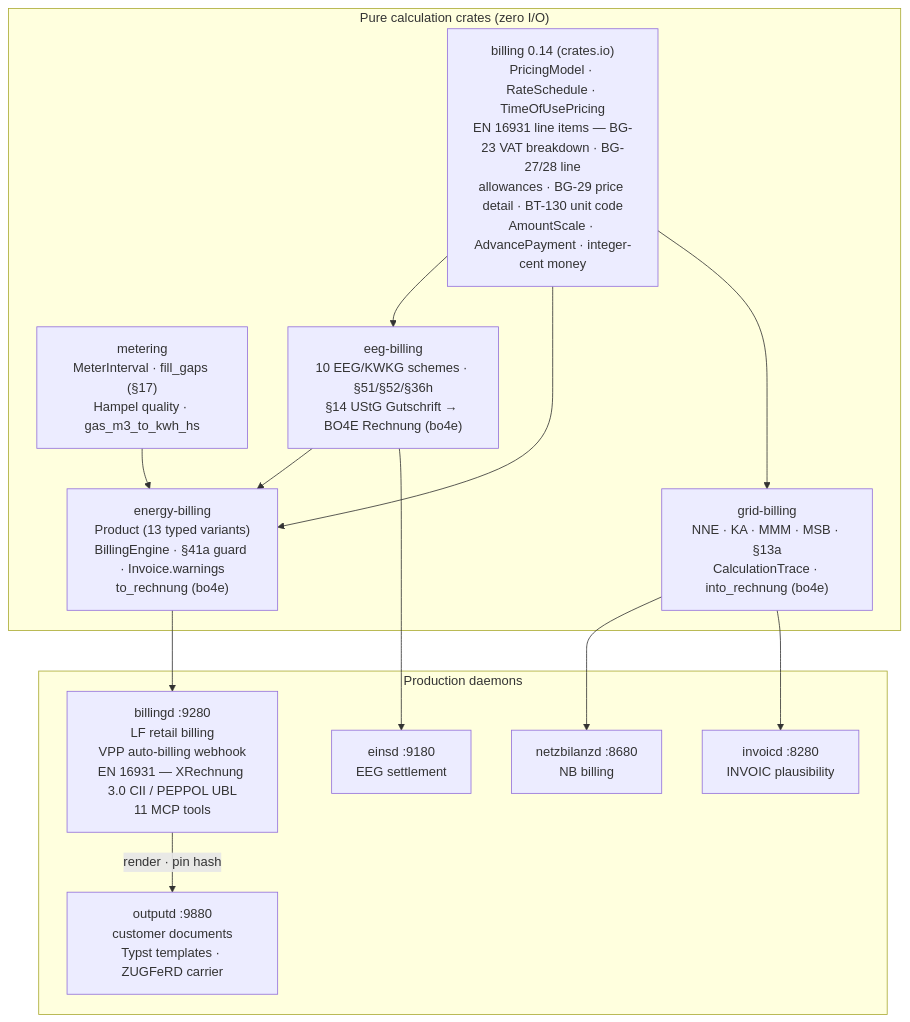
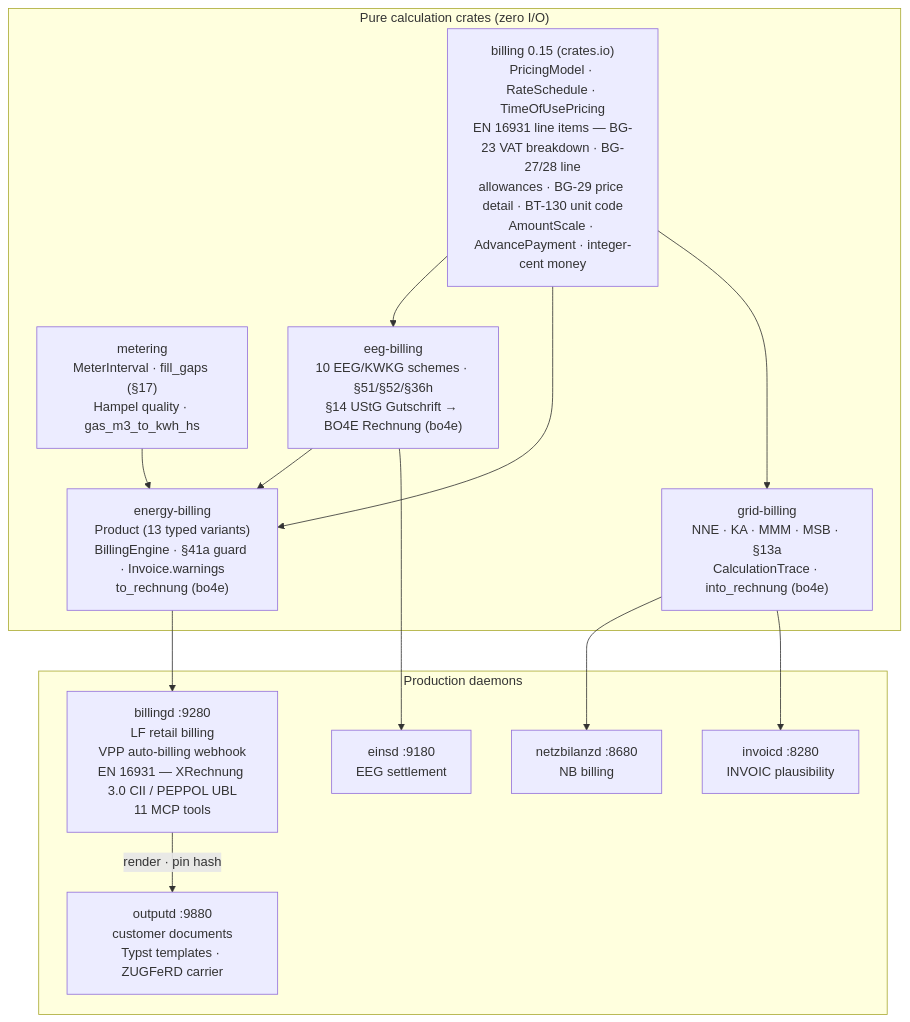
Before and after one commit to hupe1980/mako: the third of 5 diagrams in site/content/docs/architecture/_index.md, drawn with Mermaid. The commit also changed other lines of this file and 148 other files, not shown here.

````diff
--- a/site/content/docs/architecture/_index.md
+++ b/site/content/docs/architecture/_index.md
@@ -214,29 +214,29 @@
 ```mermaid
 graph TD
     subgraph pure ["Pure calculation crates (zero I/O)"]
-        billing["billing 0.14 (crates.io)<br/>PricingModel · RateSchedule · TimeOfUsePricing<br/>EN 16931 line items — BG-23 VAT breakdown · BG-27/28 line<br/>allowances · BG-29 price detail · BT-130 unit code<br/>AmountScale · AdvancePayment · integer-cent money"]
+        billing["billing 0.15 (crates.io)<br/>PricingModel · RateSchedule · TimeOfUsePricing<br/>EN 16931 line items — BG-23 VAT breakdown · BG-27/28 line<br/>allowances · BG-29 price detail · BT-130 unit code<br/>AmountScale · AdvancePayment · integer-cent money"]
         metering["metering<br/>MeterInterval · fill_gaps (§17)<br/>Hampel quality · gas_m3_to_kwh_hs"]
         eeg["eeg-billing<br/>10 EEG/KWKG schemes · §51/§52/§36h<br/>§14 UStG Gutschrift → BO4E Rechnung (bo4e)"]
         grid["grid-billing<br/>NNE · KA · MMM · MSB · §13a<br/>CalculationTrace · into_rechnung (bo4e)"]
         energy["energy-billing<br/>Product (13 typed variants)<br/>BillingEngine · §41a guard · Invoice.warnings<br/>to_rechnung (bo4e)"]
     end
 
     subgraph daemons ["Production daemons"]
         netzbilanzd["netzbilanzd :8680<br/>NB billing"]
         einsd["einsd :9180<br/>EEG settlement"]
         billingd["billingd :9280<br/>LF retail billing<br/>VPP auto-billing webhook<br/>EN 16931 — XRechnung 3.0 CII / PEPPOL UBL<br/>11 MCP tools"]
         outputd["outputd :9880<br/>customer documents<br/>Typst templates · ZUGFeRD carrier"]
         invoicd["invoicd :8280<br/>INVOIC plausibility"]
     end
 
     billing --> eeg
     billing --> energy
     billing --> grid
     metering --> energy
     eeg --> energy
     eeg --> einsd
     grid --> netzbilanzd
     grid --> invoicd
     energy --> billingd
     billingd -->|render · pin hash| outputd
 ```
````
